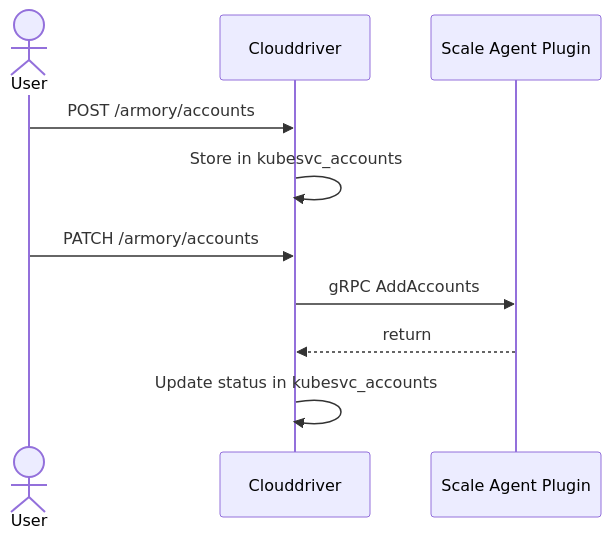
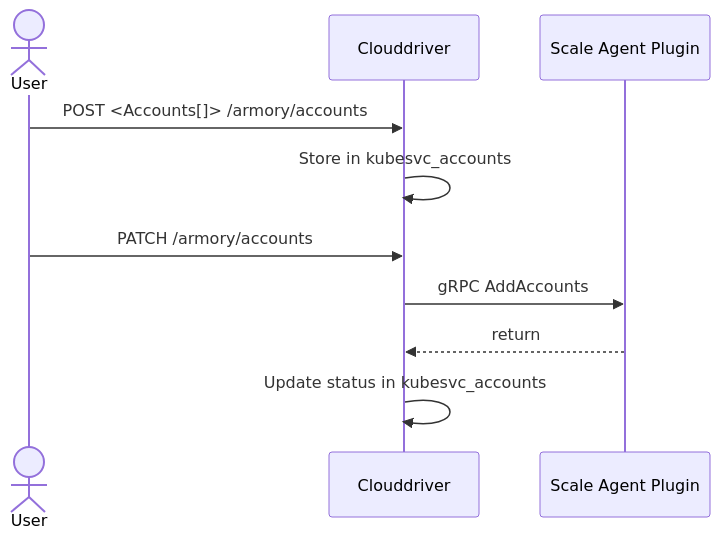
The diagram in content/en/scale-agent/concepts/dynamic-accounts.md (armory/docs), drawn with Mermaid before and after one commit. The commit also changed other lines of this file and 11 other files, not shown here.

````diff
--- a/content/en/scale-agent/concepts/dynamic-accounts.md
+++ b/content/en/scale-agent/concepts/dynamic-accounts.md
@@ -44,13 +56,13 @@
 ```mermaid
 sequenceDiagram
     actor User
     participant Clouddriver
     participant Scale Agent Plugin
 
-    User->>Clouddriver: POST /armory/accounts
+    User->>Clouddriver: POST <Accounts[]> /armory/accounts
     Clouddriver->>Clouddriver: Store in kubesvc_accounts
     User->>Clouddriver: PATCH /armory/accounts
     Clouddriver->>Scale Agent Plugin: gRPC AddAccounts
     Scale Agent Plugin-->>Clouddriver: return
     Clouddriver->>Clouddriver: Update status in kubesvc_accounts
 ```
````
